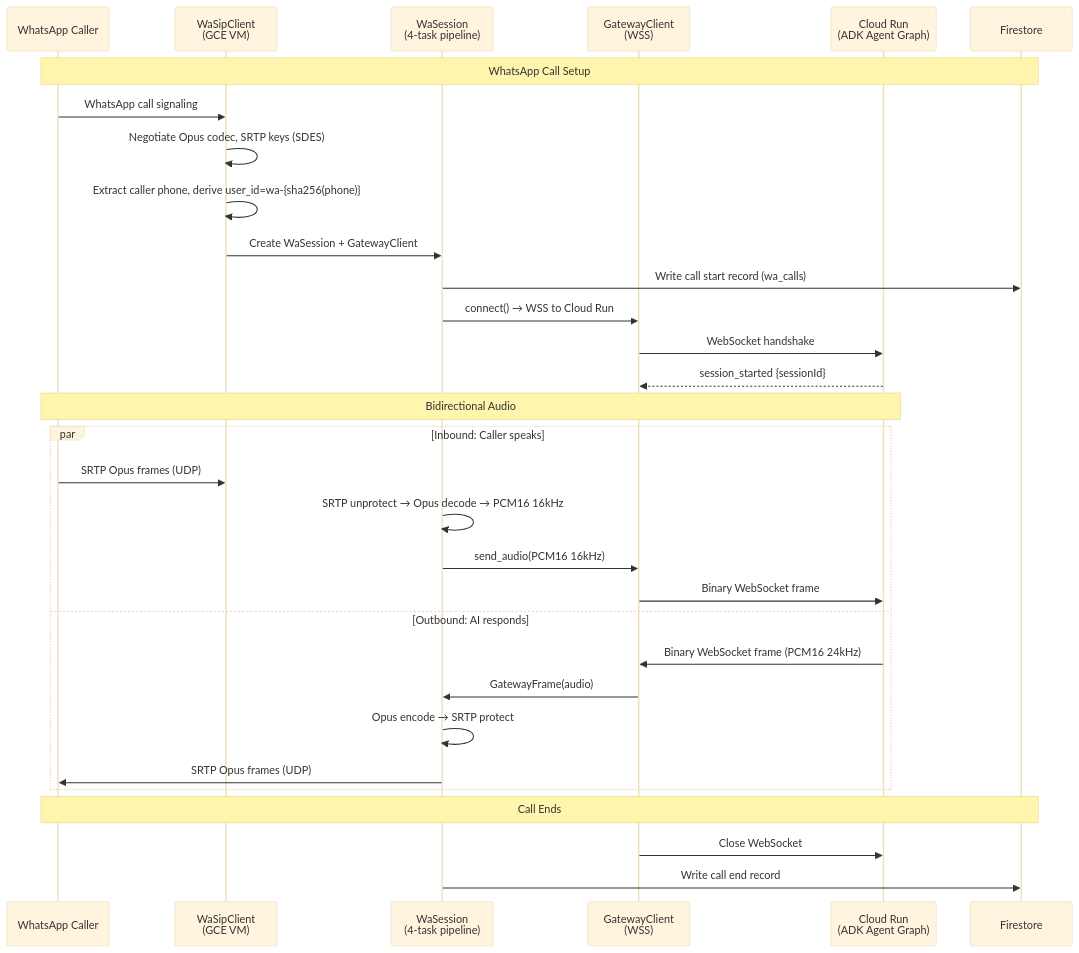
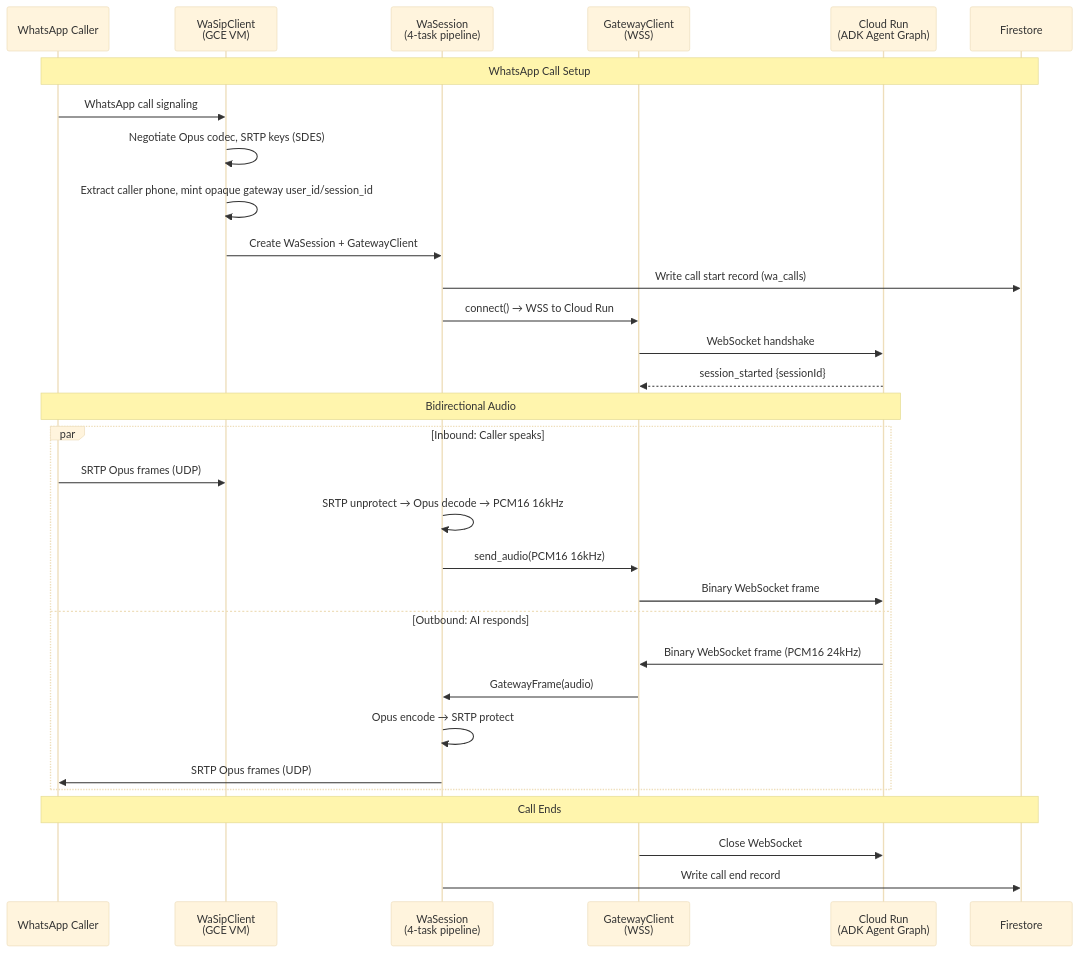
Before and after one commit to ogabasseyy/ekaette: the fourth of 8 diagrams in docs/architecture/04-telephony.md, drawn with Mermaid (base theme). The commit also changed other lines of this file and 45 other files, not shown here.

````diff
--- a/docs/architecture/04-telephony.md
+++ b/docs/architecture/04-telephony.md
@@ -217,37 +216,37 @@
 ```mermaid
 sequenceDiagram
     participant WA as WhatsApp Caller
     participant WA_SIP as WaSipClient<br/>(GCE VM)
     participant WA_SESS as WaSession<br/>(4-task pipeline)
     participant GW as GatewayClient<br/>(WSS)
     participant CR as Cloud Run<br/>(ADK Agent Graph)
     participant FS as Firestore
 
     Note over WA,FS: WhatsApp Call Setup
     WA->>WA_SIP: WhatsApp call signaling
     WA_SIP->>WA_SIP: Negotiate Opus codec, SRTP keys (SDES)
-    WA_SIP->>WA_SIP: Extract caller phone, derive user_id=wa-{sha256(phone)}
+    WA_SIP->>WA_SIP: Extract caller phone, mint opaque gateway user_id/session_id
     WA_SIP->>WA_SESS: Create WaSession + GatewayClient
     WA_SESS->>FS: Write call start record (wa_calls)
     WA_SESS->>GW: connect() → WSS to Cloud Run
     GW->>CR: WebSocket handshake
     CR-->>GW: session_started {sessionId}
 
     Note over WA,CR: Bidirectional Audio
 
     par Inbound: Caller speaks
         WA->>WA_SIP: SRTP Opus frames (UDP)
         WA_SESS->>WA_SESS: SRTP unprotect → Opus decode → PCM16 16kHz
         WA_SESS->>GW: send_audio(PCM16 16kHz)
         GW->>CR: Binary WebSocket frame
     and Outbound: AI responds
         CR->>GW: Binary WebSocket frame (PCM16 24kHz)
         GW->>WA_SESS: GatewayFrame(audio)
         WA_SESS->>WA_SESS: Opus encode → SRTP protect
         WA_SESS->>WA: SRTP Opus frames (UDP)
     end
 
     Note over WA,FS: Call Ends
     GW->>CR: Close WebSocket
     WA_SESS->>FS: Write call end record
 ```
````
